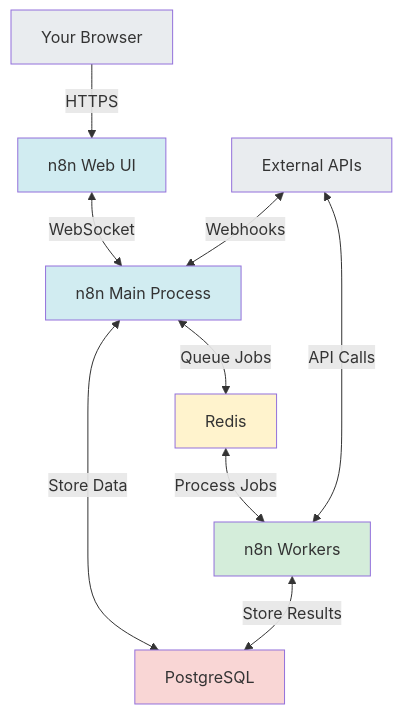
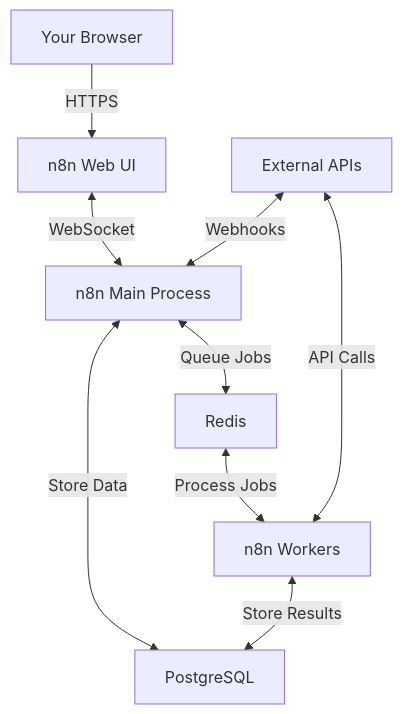
One commit to wtoloza-dev/ZTH-n8n-Engineer changed the first of 11 diagrams in lessons/01-foundations/theory/04-architecture.md. Above: the diagram before and after it, drawn with Mermaid. The commit also changed other lines of this file and 31 other files, not shown here.

````diff
--- a/lessons/01-foundations/theory/04-architecture.md
+++ b/lessons/01-foundations/theory/04-architecture.md
@@ -15,20 +15,13 @@
 ```mermaid
 graph TD
     A[Your Browser] -->|HTTPS| B[n8n Web UI]
     B <-->|WebSocket| C[n8n Main Process]
     C <-->|Queue Jobs| D[Redis]
     D <-->|Process Jobs| E[n8n Workers]
     C <-->|Store Data| F[PostgreSQL]
     E <-->|Store Results| F
     
     G[External APIs] <-->|Webhooks| C
     G <-->|API Calls| E
     
-    style A fill:#e9ecef
-    style B fill:#d1ecf1
-    style C fill:#d1ecf1
-    style D fill:#fff3cd
-    style E fill:#d4edda
-    style F fill:#f9d6d5
-    style G fill:#e9ecef
 ```
````
